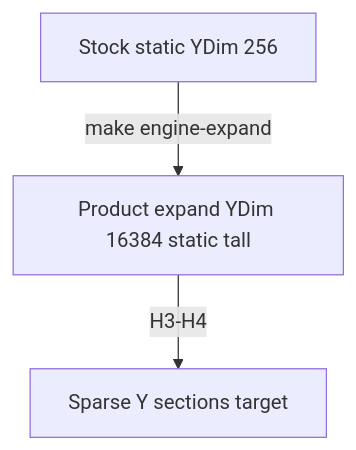
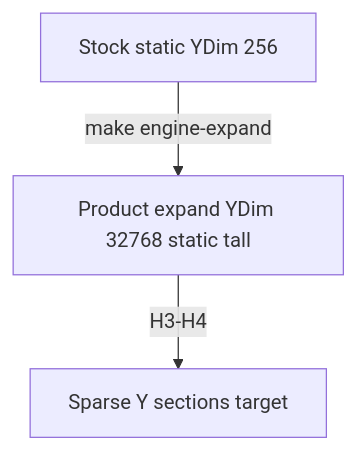
The diagram in docs/DYNAMIC_CHUNK_HEIGHT.md (hordeforge/7dtd-realearth), drawn with Mermaid before and after one commit. The commit also changed other lines of this file and 4 other files, not shown here.

````diff
--- a/docs/DYNAMIC_CHUNK_HEIGHT.md
+++ b/docs/DYNAMIC_CHUNK_HEIGHT.md
@@ -156,8 +156,8 @@
 ```mermaid
 flowchart TB
   STOCK[Stock static YDim 256]
-  EXP[Product expand YDim 16384 static tall]
+  EXP[Product expand YDim 32768 static tall]
   SPA[Sparse Y sections target]
   STOCK -->|make engine-expand| EXP
   EXP -->|H3-H4| SPA
 ```
````
